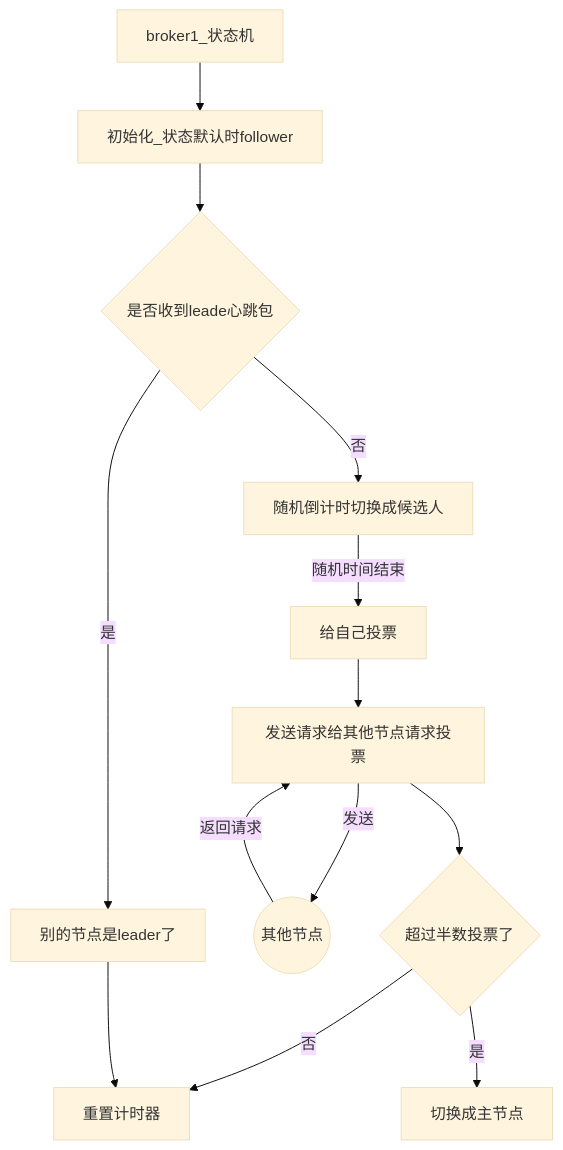
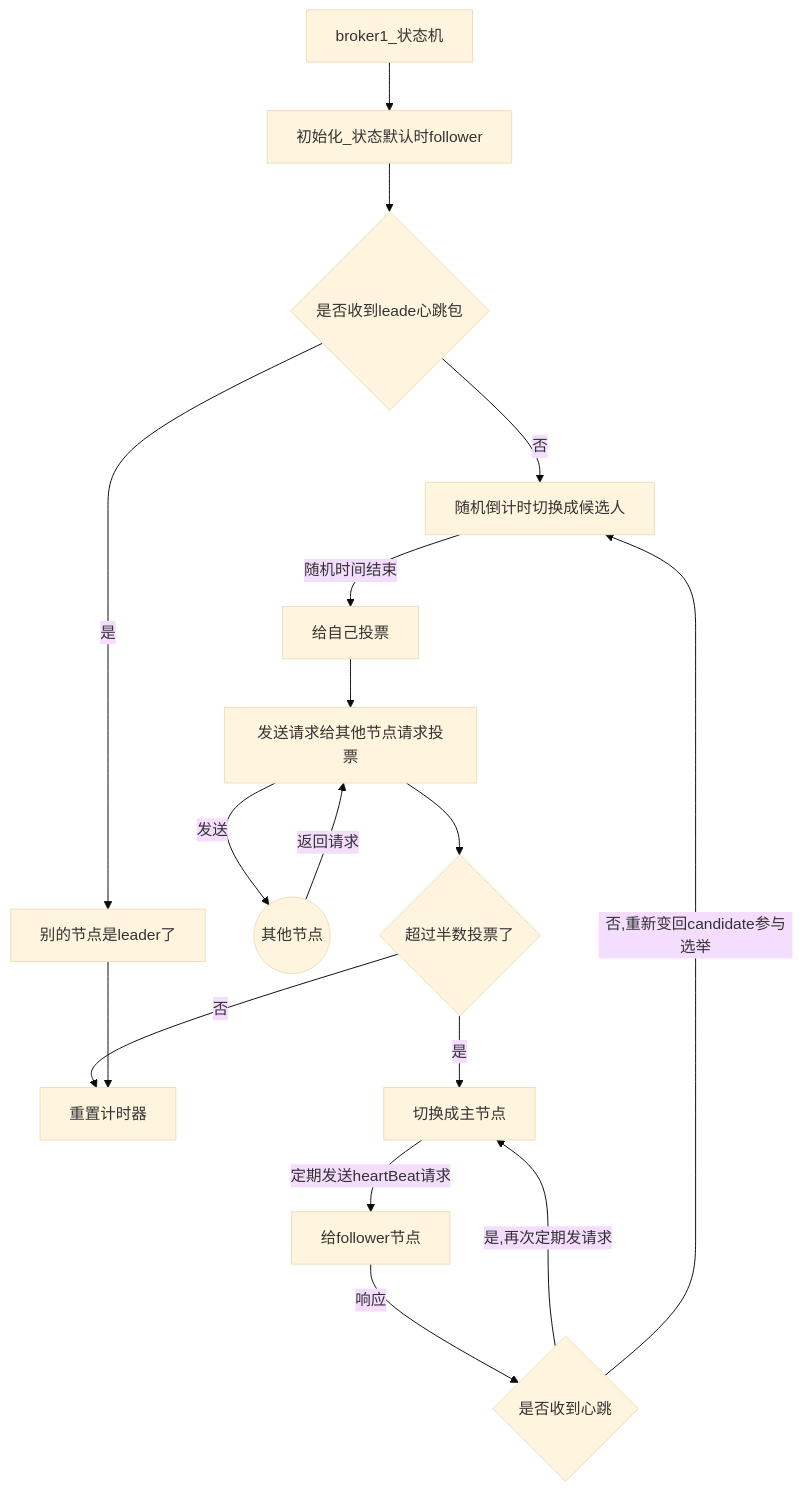
Before and after one commit to xiaomingxian/help-doc: the diagram in rocketmq理解/T_20220416_broker 主从.md, drawn with Mermaid (base theme).

Commit message:
Update T_20220416_broker 主从.md
broker选举leader ,心跳全过程

````diff
--- a/rocketmq理解/T_20220416_broker 主从.md
+++ b/rocketmq理解/T_20220416_broker 主从.md
@@ -20,14 +20,16 @@
 ```mermaid
 graph TD;
 a[broker1_状态机]-->b[初始化_状态默认时follower]
 b-->c{是否收到leade心跳包}
 c--否-->d[随机倒计时切换成候选人]
 c--是-->e[别的节点是leader了]
 d--随机时间结束-->ee[给自己投票]-->to[发送请求给其他节点请求投票]
 to--发送-->ob((其他节点))
 ob--返回请求-->to
 to-->moreThanHarf{超过半数投票了}
 moreThanHarf--否-->resTime[重置计时器]
-moreThanHarf--是-->beL[切换成主节点]
+moreThanHarf--是-->beL[切换成主节点]--定期发送heartBeat请求-->of[给follower节点]
+of--响应-->isR{是否收到心跳}--是,再次定期发请求-->beL
+isR{是否收到心跳}--否,重新变回candidate参与选举-->d
 e-->resTime
 ```
````
